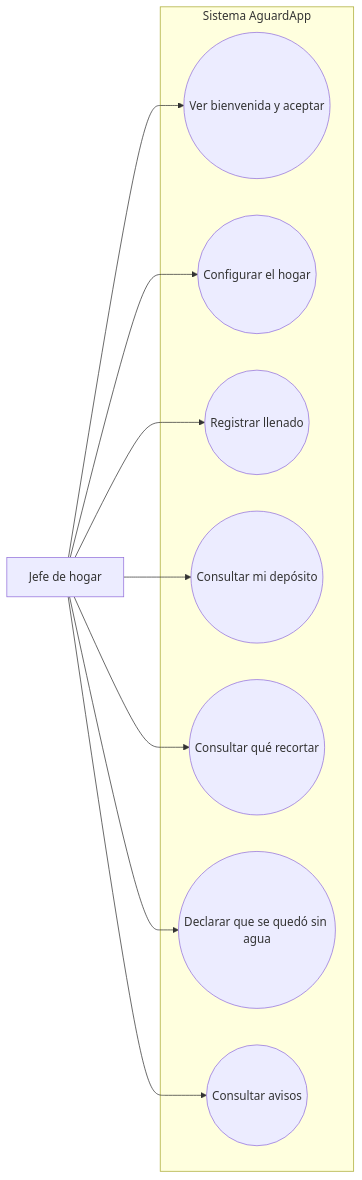
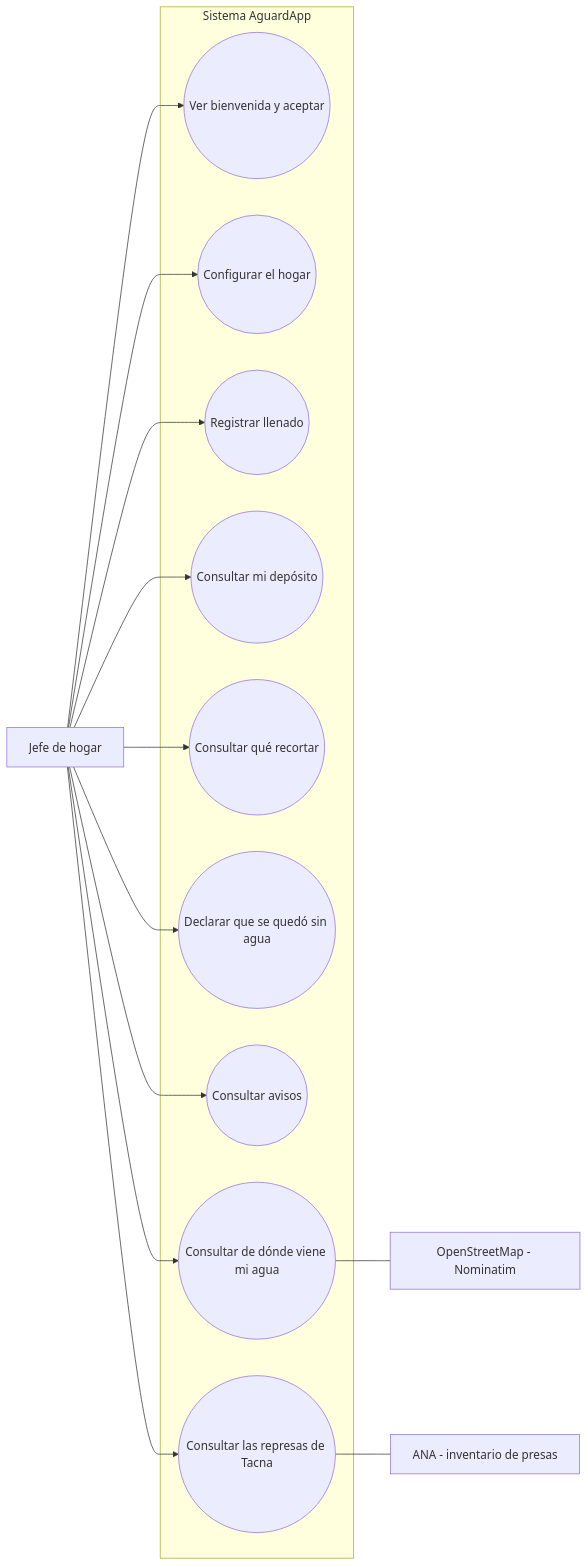
One commit to Cristhian465/Aguarda changed the second of 26 diagrams in informes/FD04-SAD.md. Above: the diagram before and after it, drawn with Mermaid. The commit also changed other lines of this file and 36 other files, not shown here.

````diff
--- a/informes/FD04-SAD.md
+++ b/informes/FD04-SAD.md
@@ -118,22 +131,31 @@
 ```mermaid
 flowchart LR
     JH[Jefe de hogar]
 
     subgraph SYS[Sistema AguardApp]
       U1((Ver bienvenida y aceptar))
       U2((Configurar el hogar))
       U3((Registrar llenado))
       U4((Consultar mi depósito))
       U5((Consultar qué recortar))
       U6((Declarar que se quedó sin agua))
       U7((Consultar avisos))
+      U8((Consultar de dónde viene mi agua))
+      U9((Consultar las represas de Tacna))
     end
+
+    ANA[ANA - inventario de presas]
+    OSM[OpenStreetMap - Nominatim]
 
     JH --> U1
     JH --> U2
     JH --> U3
     JH --> U4
     JH --> U5
     JH --> U6
     JH --> U7
+    JH --> U8
+    JH --> U9
+    U8 --- OSM
+    U9 --- ANA
 ```
````
